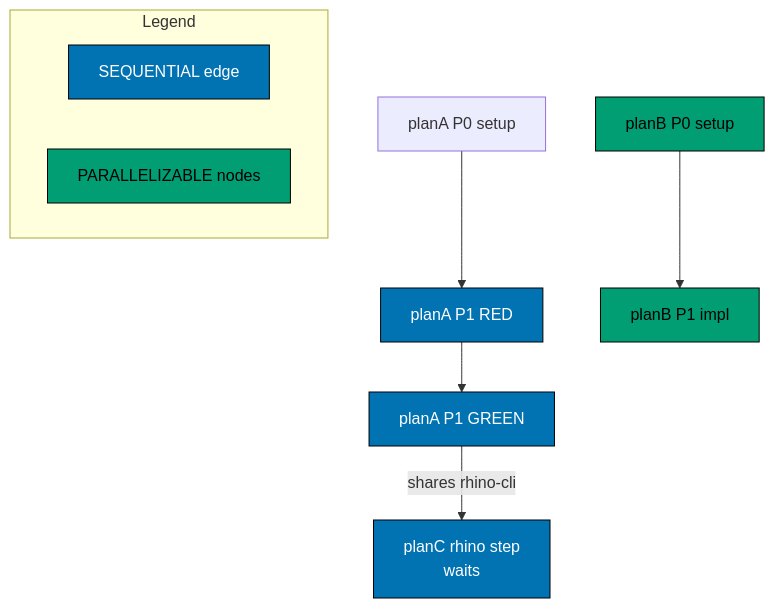
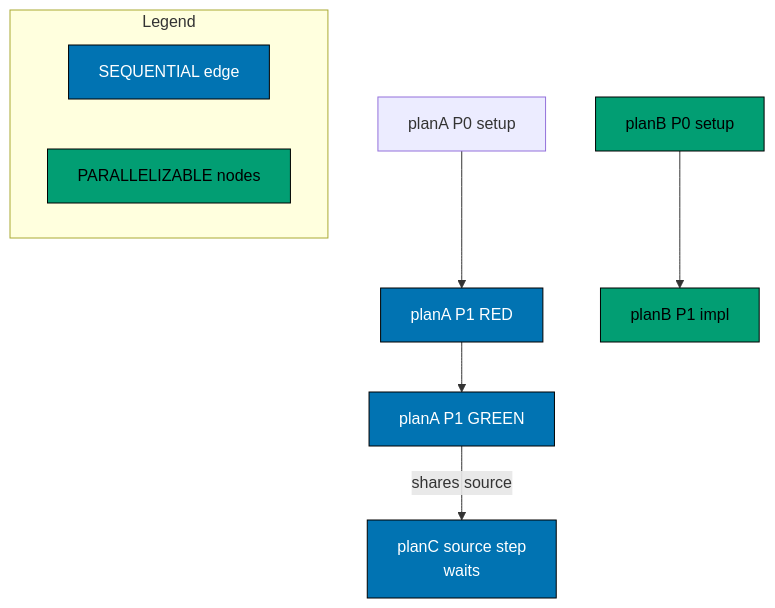
Before and after one commit to wahidyankf/ose-public: the diagram in repo-governance/workflows/plan/multi-plans-execution/phase-a-edges-report-and-diagram.md, drawn with Mermaid. The commit also changed other lines of this file and 1105 other files, not shown here.

````diff
--- a/repo-governance/workflows/plan/multi-plans-execution/phase-a-edges-report-and-diagram.md
+++ b/repo-governance/workflows/plan/multi-plans-execution/phase-a-edges-report-and-diagram.md
@@ -47,15 +44,15 @@
 ```mermaid
 flowchart TD
   accTitle: Phase A — Load Plans and Build the Dependency DAG (Edges, Report, and Diagram)
   accDescr: planA P0 setup leads to planA P1 RED; planA P1 RED leads to planA P1 GREEN; planB P0 setup leads to planB P1 impl; and 1 more links.
   subgraph Legend
     L1[SEQUENTIAL edge]:::seq
     L2[PARALLELIZABLE nodes]:::par
   end
   A0[planA P0 setup] --> A1[planA P1 RED]:::seq
   A1 --> A2[planA P1 GREEN]:::seq
   B0[planB P0 setup]:::par --> B1[planB P1 impl]:::par
-  A2 -->|shares rhino-cli| C1[planC rhino step<br/>waits]:::seq
+  A2 -->|shares source| C1[planC source step<br/>waits]:::seq
   classDef seq fill:#0173B2,stroke:#000000,color:#FFFFFF
   classDef par fill:#029E73,stroke:#000000,color:#000000
 ```
````
